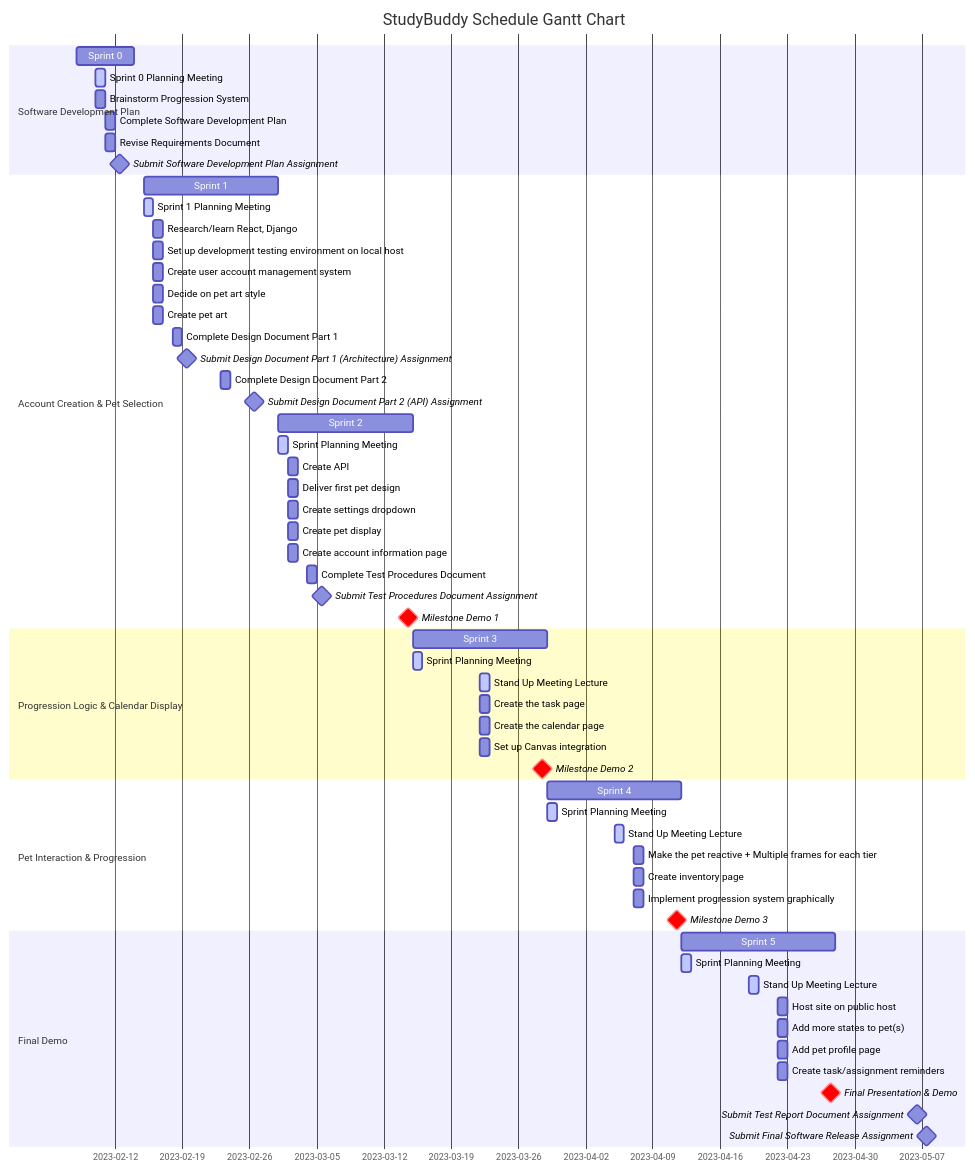
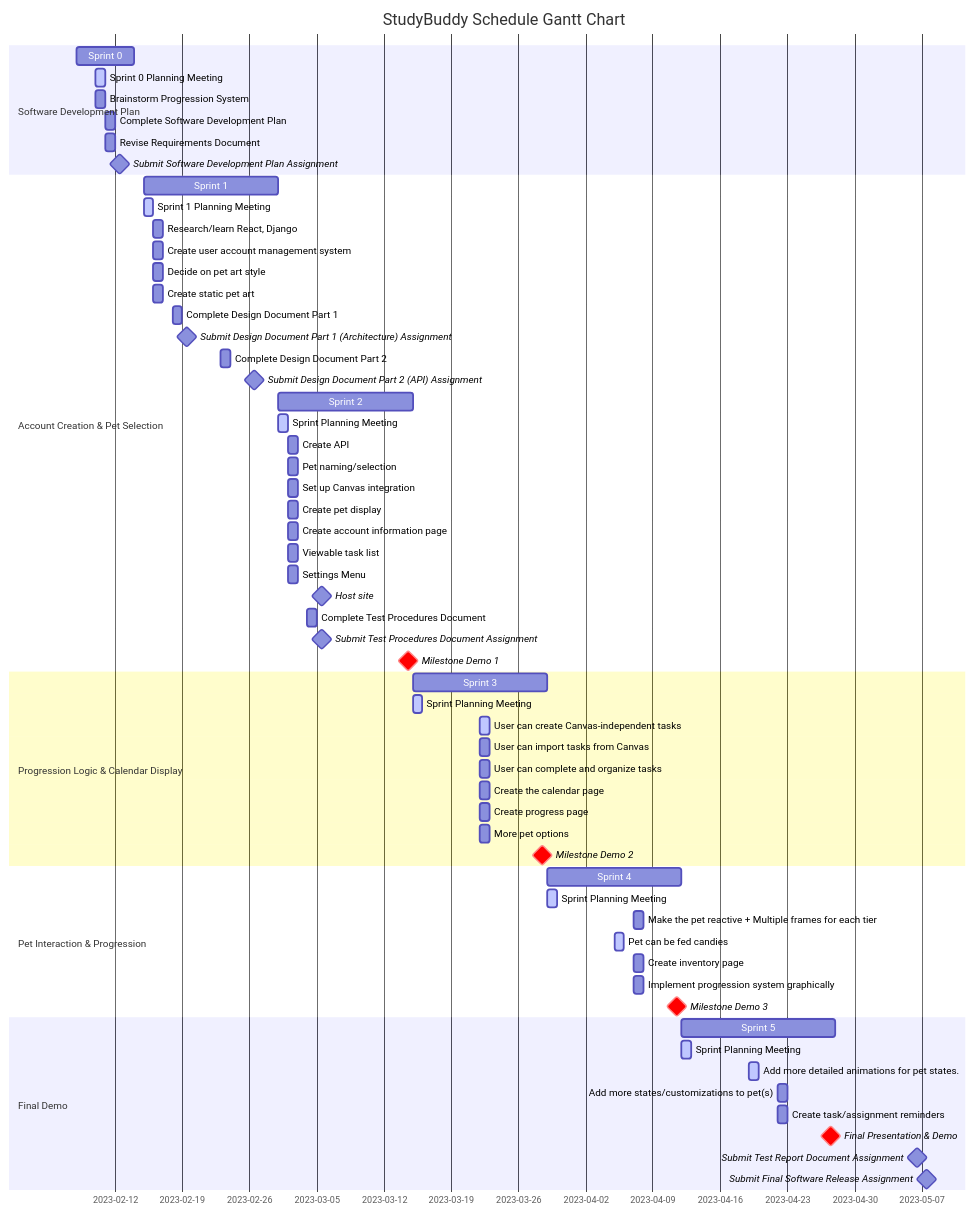
Before and after one commit to Capstone-Projects-2023-Spring/project-virtual-pet: the diagram in documentation/docs/development-plan/schedule.md, drawn with Mermaid. The commit also changed other lines of this file, not shown here.

Commit message:
Updated Gantt chart to reflect feature list
Next commit will contain duration updates

```diff
--- a/documentation/docs/development-plan/schedule.md
+++ b/documentation/docs/development-plan/schedule.md
@@ -31,13 +31,11 @@
         section Account Creation & Pet Selection
         Research/learn React, Django:  , 2023-02-16, 1d
         section Account Creation & Pet Selection
-        Set up development testing environment on local host:  , 2023-02-16, 1d
-        section Account Creation & Pet Selection
         Create user account management system:  , 2023-02-16, 1d
         section Account Creation & Pet Selection
         Decide on pet art style:  , 2023-02-16, 1d
         section Account Creation & Pet Selection
-        Create pet art:  , 2023-02-16, 1d
+        Create static pet art:  , 2023-02-16, 1d
         section Account Creation & Pet Selection
         Complete Design Document Part 1:  , 2023-02-18, 1d
         section Account Creation & Pet Selection
@@ -55,13 +53,19 @@
         section Account Creation & Pet Selection
         Create API : , 2023-03-02, 1d
         section Account Creation & Pet Selection
-        Deliver first pet design: , 2023-03-02, 1d
+        Pet naming/selection: , 2023-03-02, 1d
         section Account Creation & Pet Selection
-        Create settings dropdown: , 2023-03-02, 1d
+        Set up Canvas integration: , 2023-03-02, 1d
         section Account Creation & Pet Selection
         Create pet display : , 2023-03-02, 1d
         section Account Creation & Pet Selection
         Create account information page : , 2023-03-02, 1d
+        section Account Creation & Pet Selection
+        Viewable task list : , 2023-03-02, 1d
+        section Account Creation & Pet Selection
+        Settings Menu : , 2023-03-02, 1d
+        section Account Creation & Pet Selection
+        Host site: milestone, , 2023-03-05, 1d
         section Account Creation & Pet Selection
         Complete Test Procedures Document: , 2023-03-04, 1d
         section Account Creation & Pet Selection
@@ -74,15 +78,19 @@
         section Progression Logic & Calendar Display
         Sprint Planning Meeting: active , 2023-03-15, 1d
         section Progression Logic & Calendar Display
-        Stand Up Meeting Lecture: active , 2023-03-22, 1d
+        User can create Canvas-independent tasks: active , 2023-03-22, 1d
         section Progression Logic & Calendar Display
-        Create the task page: , 2023-03-22, 1d
+        User can import tasks from Canvas: , 2023-03-22, 1d
+        section Progression Logic & Calendar Display
+        User can complete and organize tasks: , 2023-03-22, 1d
         section Progression Logic & Calendar Display
         Create the calendar page: , 2023-03-22, 1d
         section Progression Logic & Calendar Display
-        Set up Canvas integration: , 2023-03-22, 1d
+        Create progress page: , 2023-03-22, 1d
         section Progression Logic & Calendar Display
-         Milestone Demo 2 :crit, milestone,  , 2023-03-28, 1d
+        More pet options: , 2023-03-22, 1d
+        section Progression Logic & Calendar Display
+        Milestone Demo 2 :crit, milestone,  , 2023-03-28, 1d
 
         
         section Pet Interaction & Progression
@@ -90,9 +98,9 @@
         section Pet Interaction & Progression
         Sprint Planning Meeting: active , 2023-03-29, 1d
         section Pet Interaction & Progression
-        Stand Up Meeting Lecture: active , 2023-04-05, 1d
+        Make the pet reactive + Multiple frames for each tier: , 2023-04-07, 1d
         section Pet Interaction & Progression
-        Make the pet reactive + Multiple frames for each tier: , 2023-04-07, 1d
+        Pet can be fed candies: active , 2023-04-05, 1d
         section Pet Interaction & Progression
         Create inventory page: , 2023-04-07, 1d
         section Pet Interaction & Progression
@@ -105,13 +113,9 @@
         section Final Demo
         Sprint Planning Meeting: active , 2023-04-12, 1d
         section Final Demo
-        Stand Up Meeting Lecture: active , 2023-04-19, 1d
+        Add more detailed animations for pet states.: active , 2023-04-19, 1d
         section Final Demo
-        Host site on public host: , 2023-04-22, 1d
-        section Final Demo
-        Add more states to pet(s): , 2023-04-22, 1d
-        section Final Demo
-        Add pet profile page: , 2023-04-22, 1d
+        Add more states/customizations to pet(s): , 2023-04-22, 1d
         section Final Demo
         Create task/assignment reminders:, 2023-04-22, 1d
         section Final Demo
```
